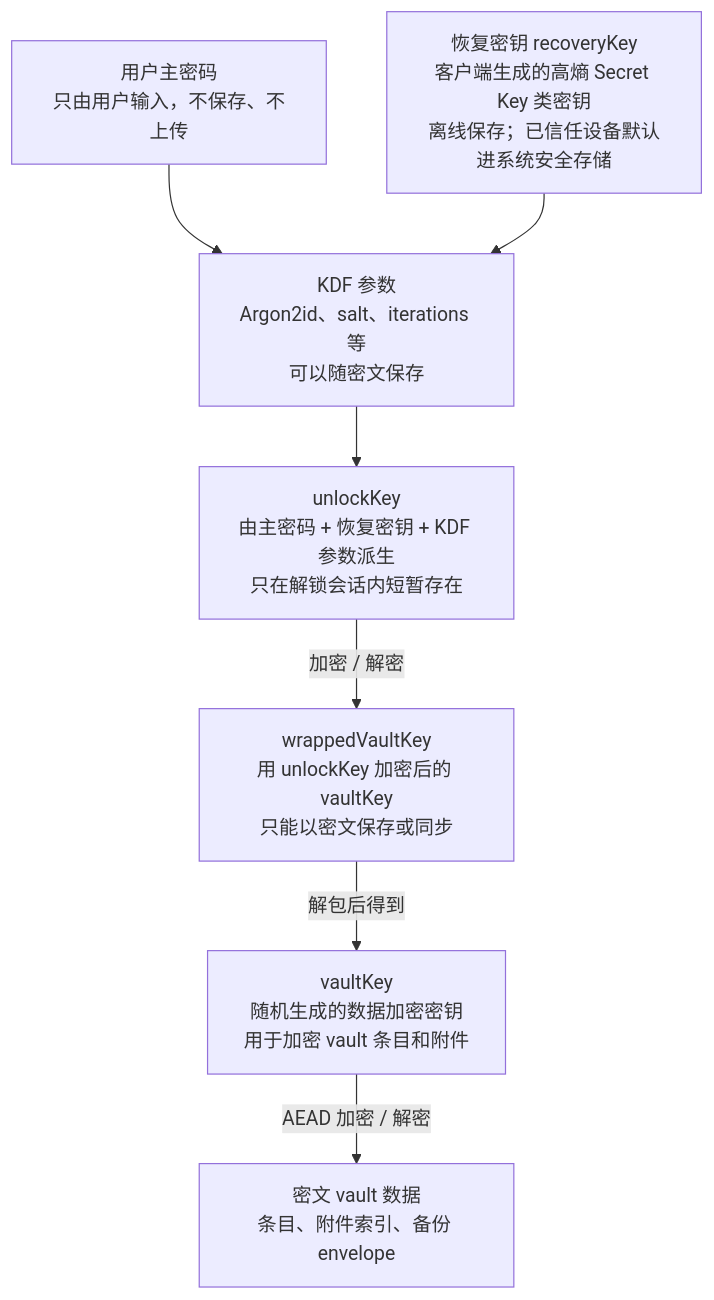
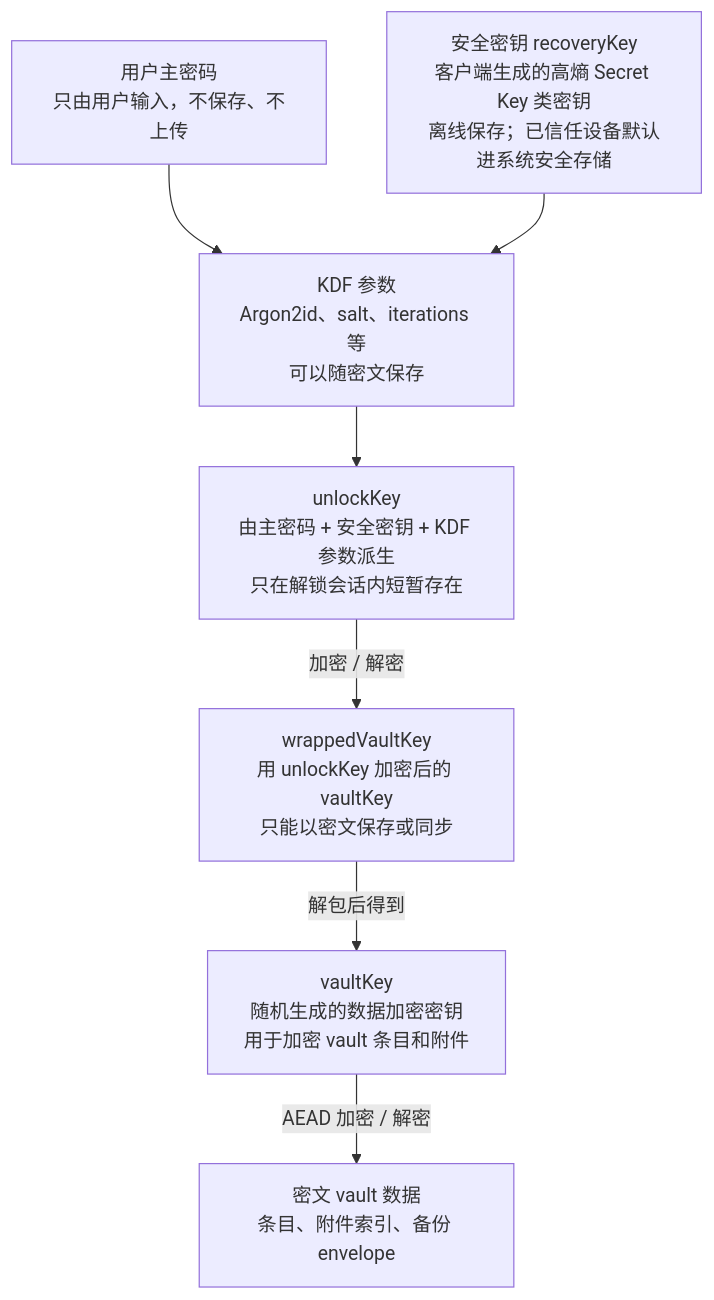
Before and after one commit to ftyszyx/lockpass-next: the diagram in docs/security-model.md, drawn with Mermaid. The commit also changed other lines of this file and 113 other files, not shown here.

````diff
--- a/docs/security-model.md
+++ b/docs/security-model.md
@@ -26,17 +26,17 @@
 ```mermaid
 flowchart TD
   password["用户主密码<br/>只由用户输入，不保存、不上传"]
-  recoveryKey["恢复密钥 recoveryKey<br/>客户端生成的高熵 Secret Key 类密钥<br/>离线保存；已信任设备默认进系统安全存储"]
+  recoveryKey["安全密钥 recoveryKey<br/>客户端生成的高熵 Secret Key 类密钥<br/>离线保存；已信任设备默认进系统安全存储"]
   kdf["KDF 参数<br/>Argon2id、salt、iterations 等<br/>可以随密文保存"]
-  unlockKey["unlockKey<br/>由主密码 + 恢复密钥 + KDF 参数派生<br/>只在解锁会话内短暂存在"]
+  unlockKey["unlockKey<br/>由主密码 + 安全密钥 + KDF 参数派生<br/>只在解锁会话内短暂存在"]
   vaultKey["vaultKey<br/>随机生成的数据加密密钥<br/>用于加密 vault 条目和附件"]
   wrappedVaultKey["wrappedVaultKey<br/>用 unlockKey 加密后的 vaultKey<br/>只能以密文保存或同步"]
   encryptedItems["密文 vault 数据<br/>条目、附件索引、备份 envelope"]
 
   password --> kdf
   recoveryKey --> kdf
   kdf --> unlockKey
   unlockKey -->|"加密 / 解密"| wrappedVaultKey
   wrappedVaultKey -->|"解包后得到"| vaultKey
   vaultKey -->|"AEAD 加密 / 解密"| encryptedItems
 ```
````
